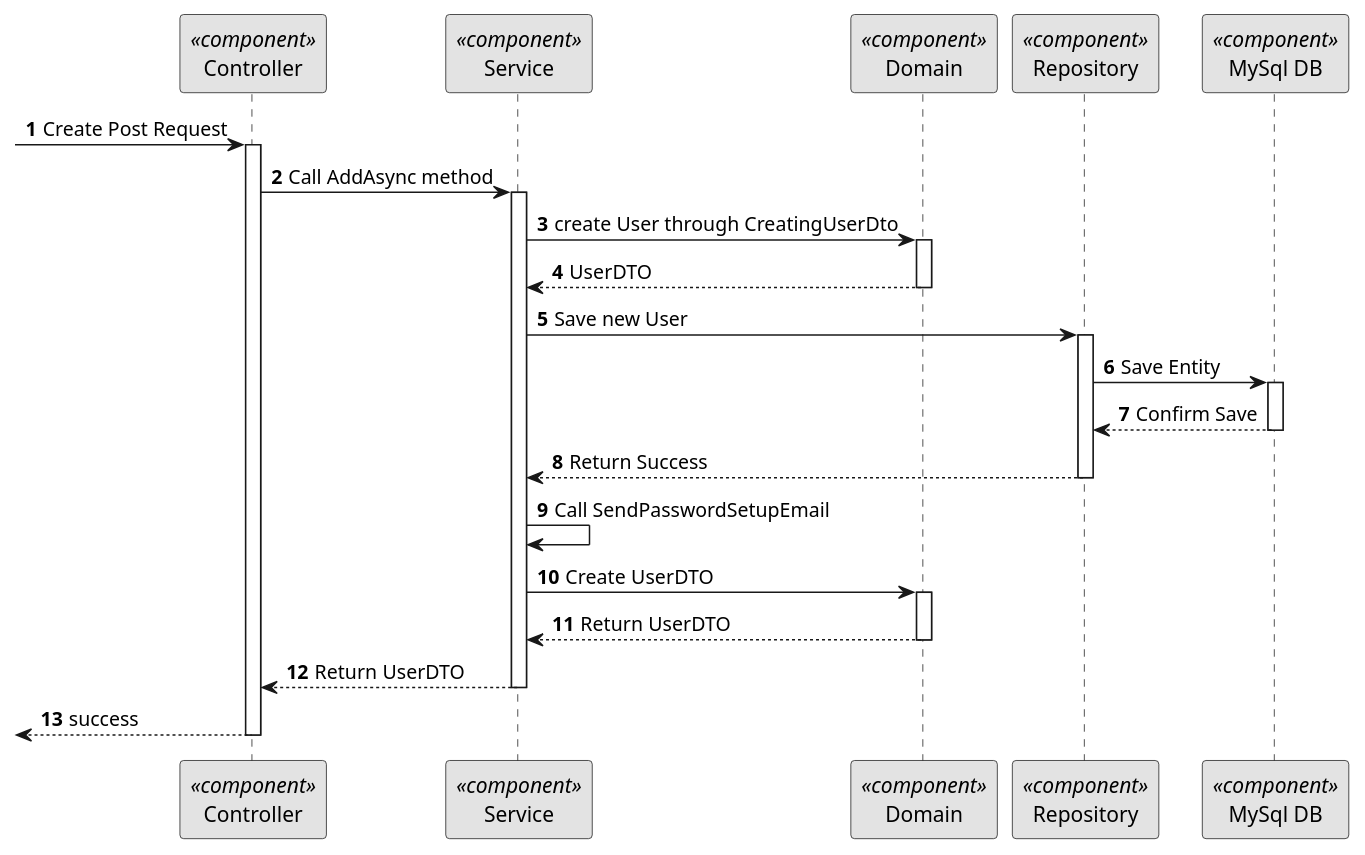
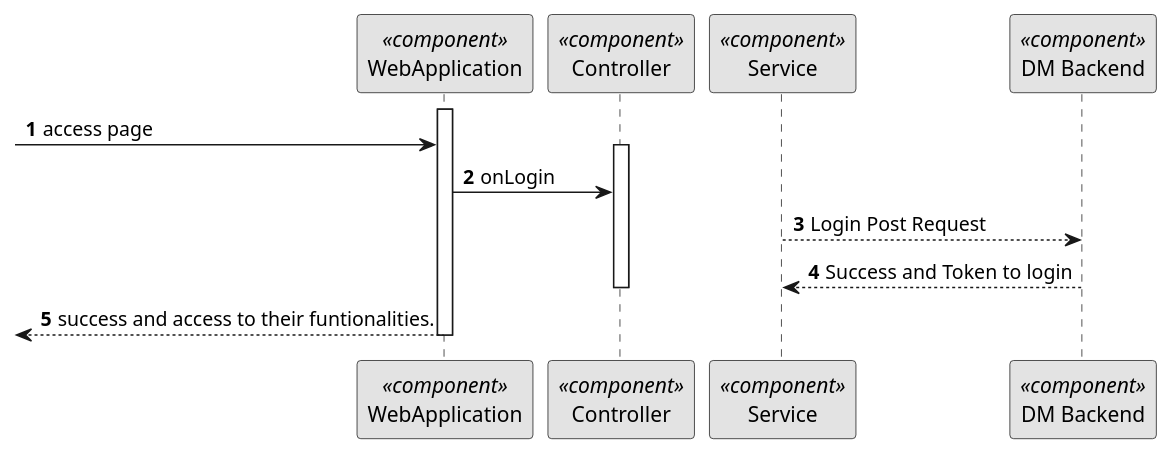
One commit to Ana-Miguel-Silva/SurgicalAppointmentAndResourceManagement changed the diagram in docs/BackofficeModule/6.1.2/sequence-diagram-3.puml. Above: the diagram before and after it, drawn with PlantUML. The commit also changed 25 other files, not shown here.

```diff
--- a/docs/BackofficeModule/6.1.2/sequence-diagram-3.puml
+++ b/docs/BackofficeModule/6.1.2/sequence-diagram-3.puml
@@ -1,58 +1,38 @@
 @startuml 5.1.1
 skinparam monochrome true
 skinparam packageStyle rectangle
 skinparam shadowing false
 
 autonumber
 
+participant "WebApplication" as FE <<component>>
 participant "Controller" as CTRL <<component>>
 participant "Service" as SERV <<component>>
-participant "Domain" as DOM <<component>>
-participant "Repository" as REPO <<component>>
-participant "MySql DB" as BDD <<component>>
+participant "DM Backend" as BE <<component>>
+
+
+activate FE
+-> FE: access page
+activate CTRL
+
+FE -> CTRL : onLogin
 
 
 
- -> CTRL : Create Post Request
-activate CTRL
-CTRL -> SERV: Call AddAsync method
 
-activate SERV
-SERV -> DOM: create User through CreatingUserDto
-
-activate DOM
-DOM --> SERV : UserDTO
-deactivate DOM
-
-SERV -> REPO : Save new User
-activate REPO
-
-REPO -> BDD : Save Entity
-activate BDD
-
-BDD --> REPO : Confirm Save
-deactivate BDD
-
-REPO --> SERV : Return Success
-deactivate REPO
-
-SERV -> SERV : Call SendPasswordSetupEmail
-
-SERV -> DOM : Create UserDTO
-activate DOM
-
-DOM --> SERV : Return UserDTO
-deactivate DOM
-SERV --> CTRL : Return UserDTO
+ SERV --> BE : Login Post Request
 
 
-deactivate SERV
-<-- CTRL : success
+BE --> SERV : Success and Token to login
 
 deactivate CTRL
+
+<--- FE : success and access to their funtionalities.
+
+deactivate FE
 
 
 
 
 
 @enduml
```
